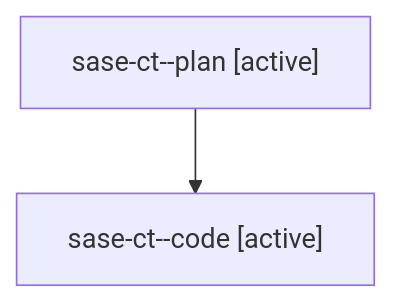
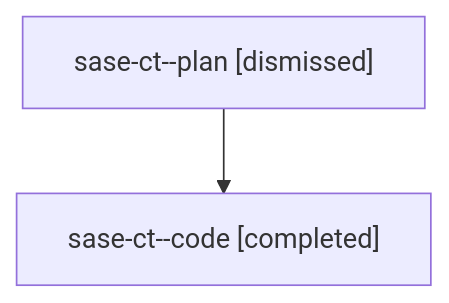
Before and after one commit to sase-org/sase--agents: the diagram in families/bbugyi200.athena.sase-ct.md, drawn with Mermaid. The commit also changed other lines of this file and 2170 other files, not shown here.

````diff
--- a/families/bbugyi200.athena.sase-ct.md
+++ b/families/bbugyi200.athena.sase-ct.md
@@ -9,6 +9,6 @@
 ```mermaid
 flowchart TD
-  n0["sase-ct--plan [active]"]
-  n1["sase-ct--code [active]"]
+  n0["sase-ct--plan [dismissed]"]
+  n1["sase-ct--code [completed]"]
   n0 --> n1
 ```
````
